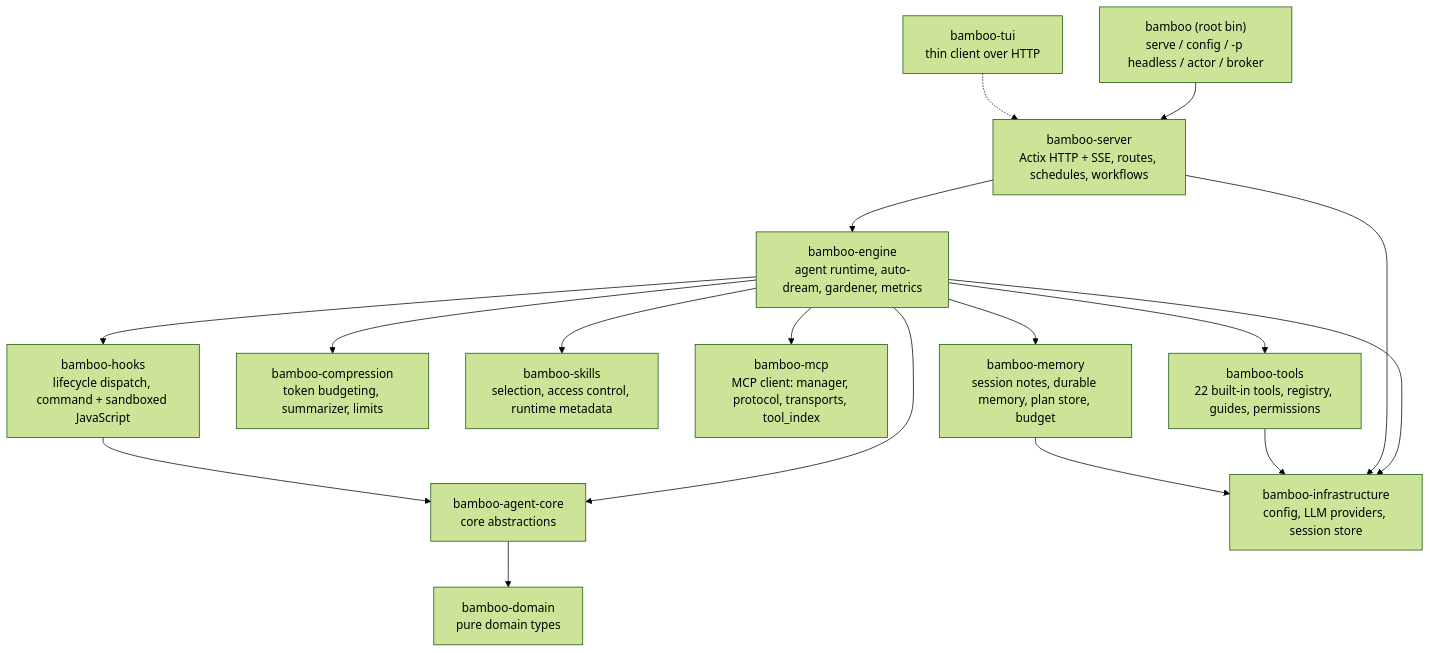
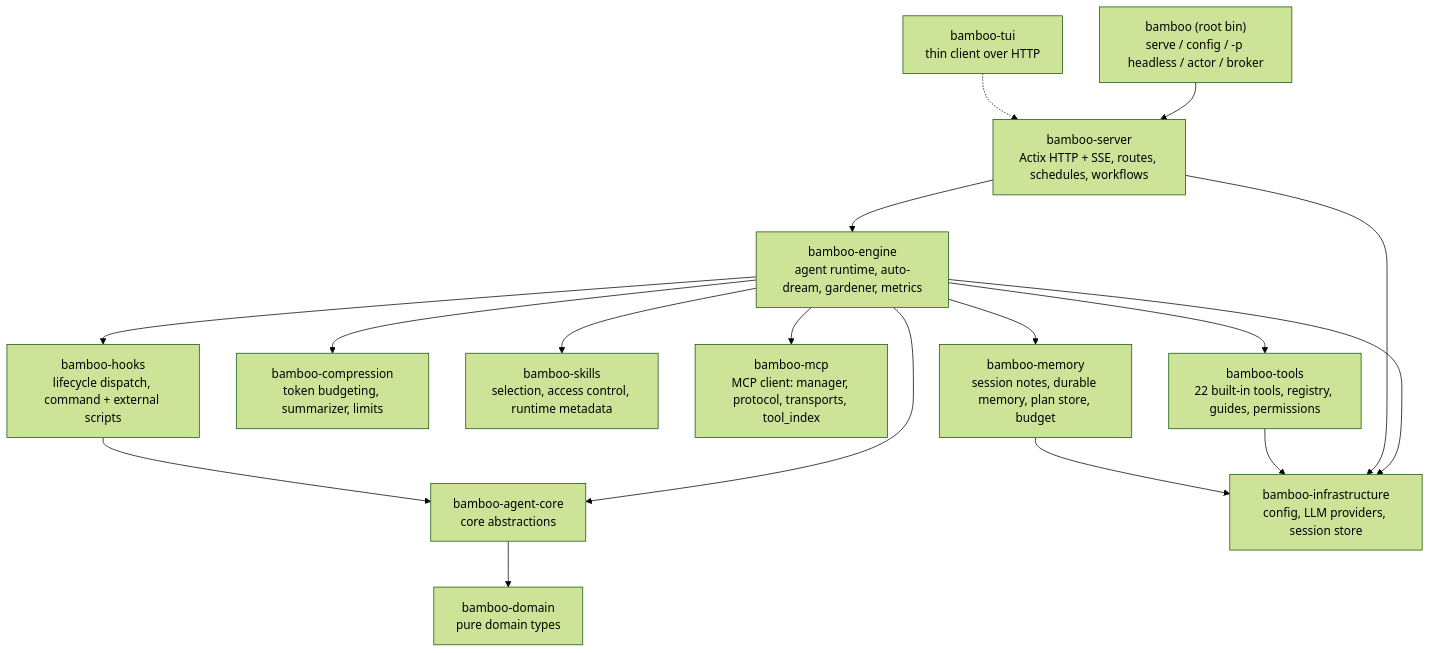
The diagram in README.md (bigduu/Bamboo-agent), drawn with Mermaid (forest theme) before and after one commit. The commit also changed other lines of this file and 18 other files, not shown here.

Commit message:
refactor: execute lifecycle scripts with system runtimes (#768)

````diff
--- a/README.md
+++ b/README.md
@@ -49,19 +49,19 @@
 ```mermaid
 graph TD
   CLI["bamboo (root bin)<br/>serve / config / -p headless / actor / broker"] --> SRV[bamboo-server<br/>Actix HTTP + SSE, routes, schedules, workflows]
   SRV --> ENG[bamboo-engine<br/>agent runtime, auto-dream, gardener, metrics]
   ENG --> CORE[bamboo-agent-core<br/>core abstractions]
   CORE --> DOM[bamboo-domain<br/>pure domain types]
   ENG --> MEM[bamboo-memory<br/>session notes, durable memory, plan store, budget]
   ENG --> CMP[bamboo-compression<br/>token budgeting, summarizer, limits]
   ENG --> SKILLS[bamboo-skills<br/>selection, access control, runtime metadata]
   ENG --> MCP[bamboo-mcp<br/>MCP client: manager, protocol, transports, tool_index]
   ENG --> TOOLS[bamboo-tools<br/>22 built-in tools, registry, guides, permissions]
-  ENG --> HOOKS[bamboo-hooks<br/>lifecycle dispatch, command + sandboxed JavaScript]
+  ENG --> HOOKS[bamboo-hooks<br/>lifecycle dispatch, command + external scripts]
   ENG --> INFRA[bamboo-infrastructure<br/>config, LLM providers, session store]
   HOOKS --> CORE
   SRV --> INFRA
   TOOLS --> INFRA
   MEM --> INFRA
   CLI2["bamboo-tui<br/>thin client over HTTP"] -.-> SRV
 ```
````
